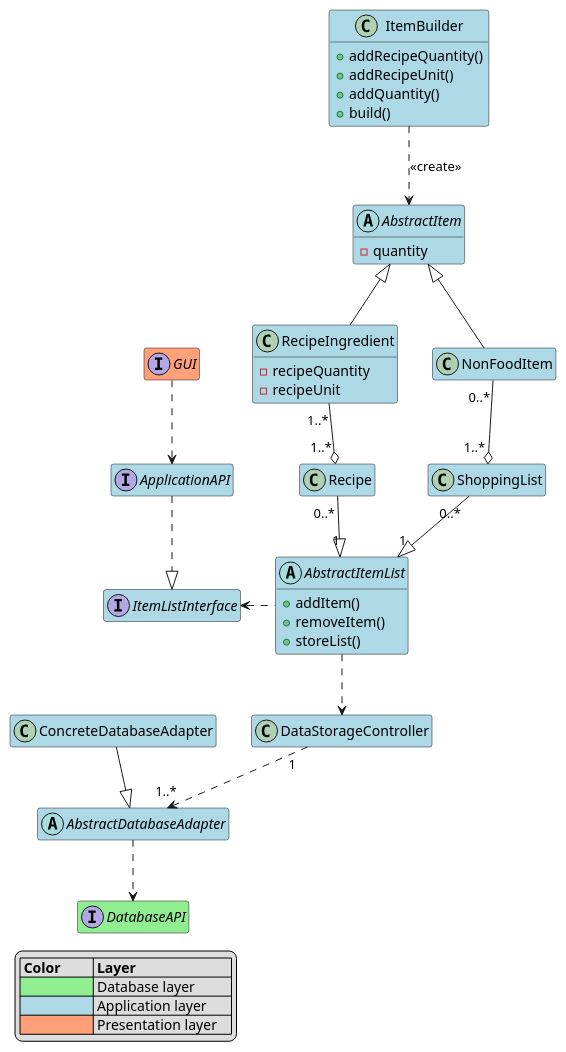
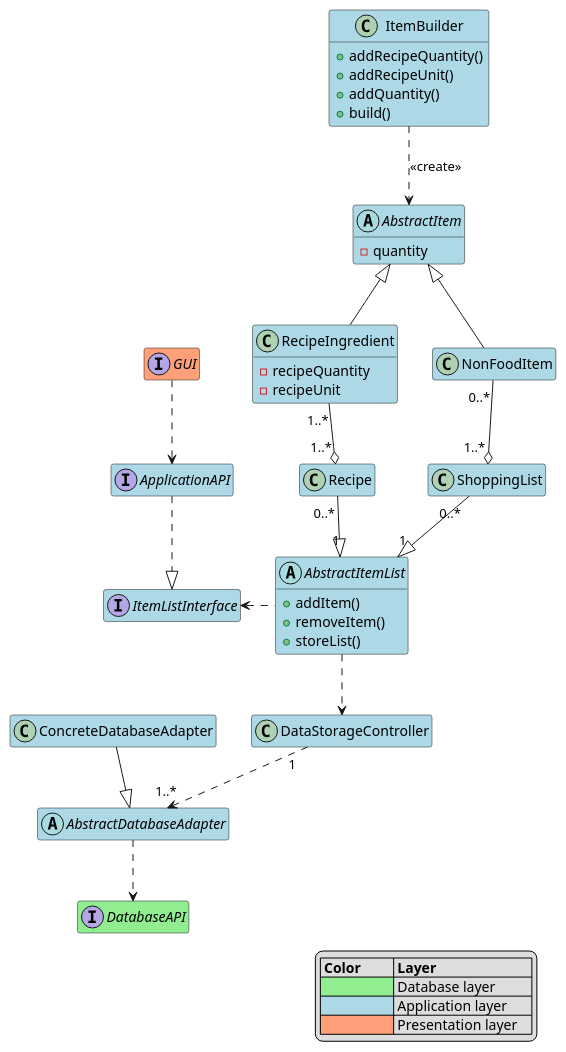
One commit to Uhgtred/Recipe_Shopping_List changed the diagram in Architecture/BlackBoxViewApplication.puml. Above: the diagram before and after it, drawn with PlantUML.

Commit message:
Restarting this project as a kotlin-project

```diff
--- a/Architecture/BlackBoxViewApplication.puml
+++ b/Architecture/BlackBoxViewApplication.puml
@@ -1,69 +1,69 @@
 @startuml
 hide empty members
 
 
 interface DatabaseAPI #lightgreen
 
 
 interface GUI #lightsalmon
 GUI ..> ApplicationAPI
 
 
 interface ItemListInterface #lightblue
 
 class ItemBuilder #lightblue{
     + addRecipeQuantity()
     + addRecipeUnit()
     + addQuantity()
     + build()
 }
 ItemBuilder ..> AbstractItem: <<create>>
 
 abstract class AbstractItem #lightblue{
     - quantity
 }
 
 abstract class AbstractDatabaseAdapter #lightblue
 AbstractDatabaseAdapter ..> DatabaseAPI
 
 class ConcreteDatabaseAdapter #lightblue
 ConcreteDatabaseAdapter --|> AbstractDatabaseAdapter
 
 class DataStorageController #lightblue
 DataStorageController "1" ..> "1..*" AbstractDatabaseAdapter
 
 interface ApplicationAPI #lightblue
 ApplicationAPI ..|> ItemListInterface
 
 class ShoppingList #lightblue
 ShoppingList "0..*" --|> "1" AbstractItemList
 
 class Recipe #lightblue
 Recipe "0..*" --|> "1" AbstractItemList
 
 abstract class AbstractItemList #lightblue{
     + addItem()
     + removeItem()
     + storeList()
 }
 AbstractItemList ..> DataStorageController
 AbstractItemList .l.> ItemListInterface
 
 class RecipeIngredient #lightblue {
     - recipeQuantity
     - recipeUnit
 }
 RecipeIngredient "1..*" --o "1..*" Recipe
 RecipeIngredient -u-|> AbstractItem
 
 class NonFoodItem #lightblue
 NonFoodItem "0..*"--o "1..*" ShoppingList
 NonFoodItem -u-|> AbstractItem
 
-legend bottom left
+legend bottom right
 | **Color**         | **Layer**             |
 | <#lightgreen>     | Database layer        |
 | <#lightblue>      | Application layer     |
 | <#lightsalmon>    | Presentation layer    |
 end legend
 @enduml
```
